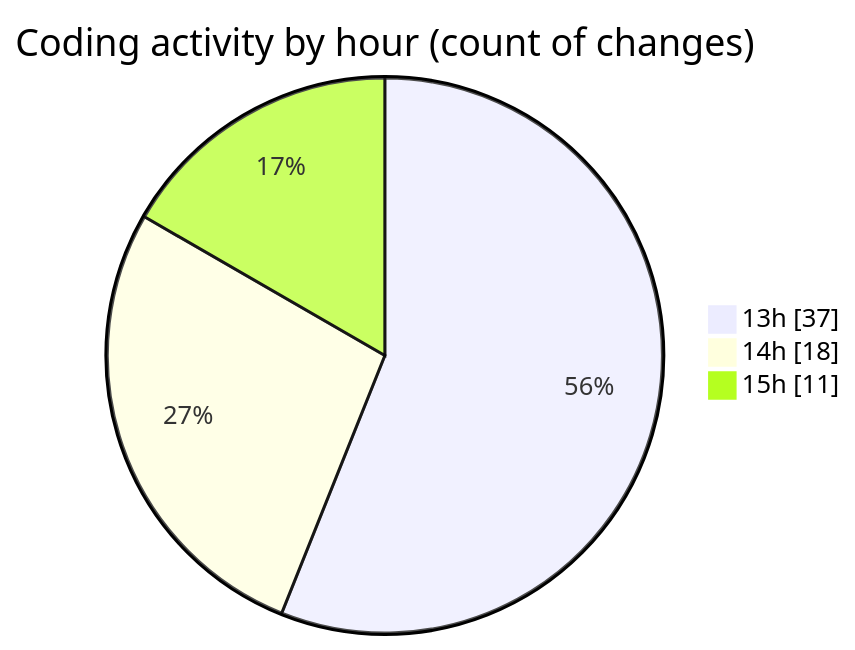
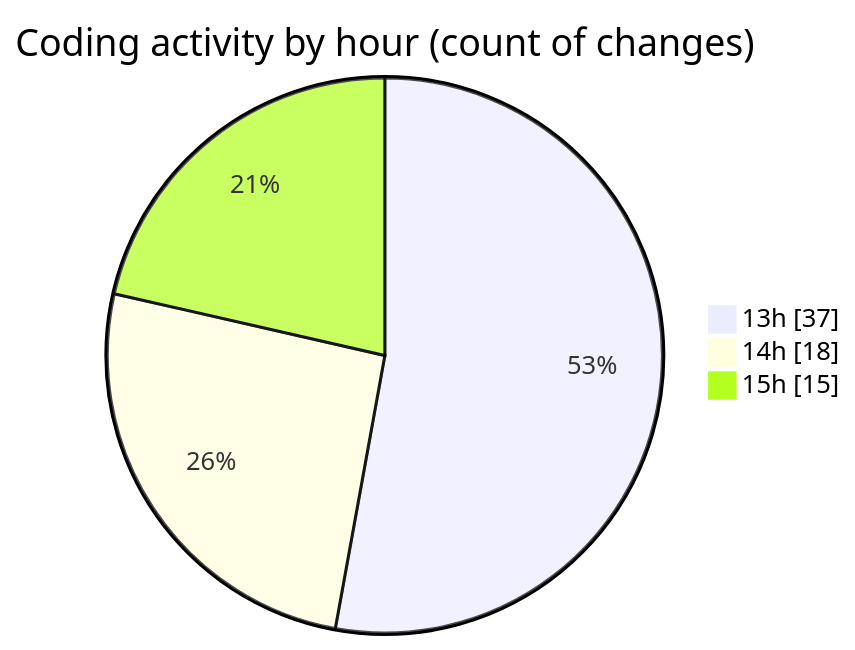
One commit to Unknowalive/code-tracking changed the second of 2 diagrams in 2026-04-11/scripting_workshop/README.md. Above: the diagram before and after it, drawn with Mermaid. The commit also changed other lines of this file and 1 other file, not shown here.

````diff
--- a/2026-04-11/scripting_workshop/README.md
+++ b/2026-04-11/scripting_workshop/README.md
@@ -63,7 +63,7 @@
 ```mermaid
 pie showData
 title Coding activity by hour (count of changes)
 "13h" : 37
 "14h" : 18
-"15h" : 11
+"15h" : 15
 ```
````
